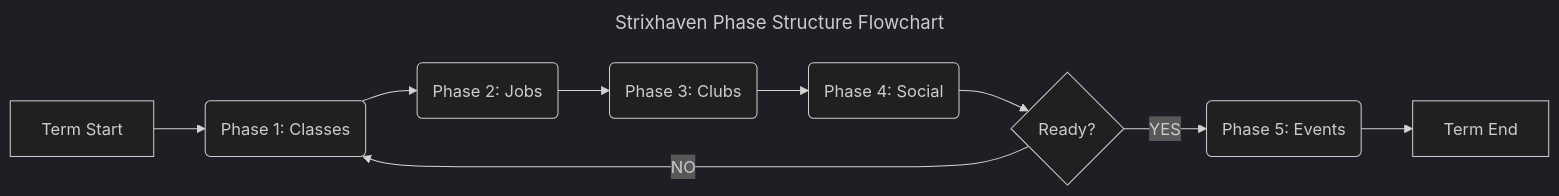
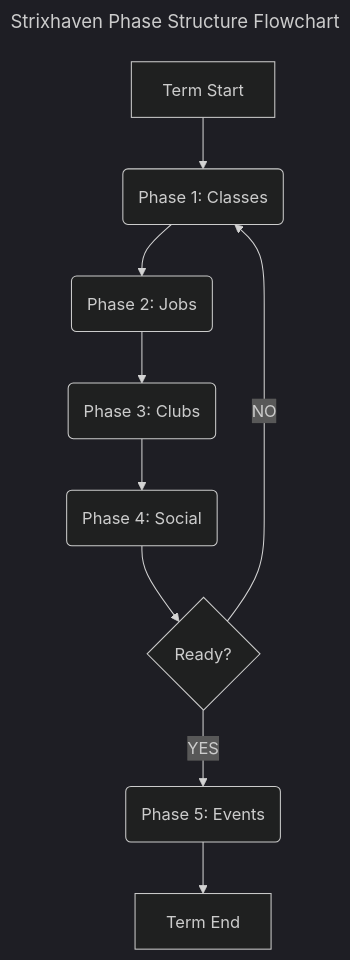
Before and after one commit to zuedev/dnd: the diagram in dmsg/official-modules/strixhaven/phase-structure.mermaid, drawn with Mermaid (dark theme).

Commit message:
make mermaid TB now

```diff
--- a/dmsg/official-modules/strixhaven/phase-structure.mermaid
+++ b/dmsg/official-modules/strixhaven/phase-structure.mermaid
@@ -1,23 +1,23 @@
 ---
 title: Strixhaven Phase Structure Flowchart
 ---
-flowchart LR;
+flowchart TB;
     START[Term Start];
     END[Term End];
 
     P1(Phase 1: Classes);
     P2(Phase 2: Jobs);
     P3(Phase 3: Clubs);
     P4(Phase 4: Social);
     P5(Phase 5: Events);
 
     D1{Ready?};
 
     START-->P1;
     P1-->P2;
     P2-->P3;
     P3-->P4;
     P4-->D1;
     D1-- YES -->P5;
     D1-- NO -->P1;
     P5-->END;
```
